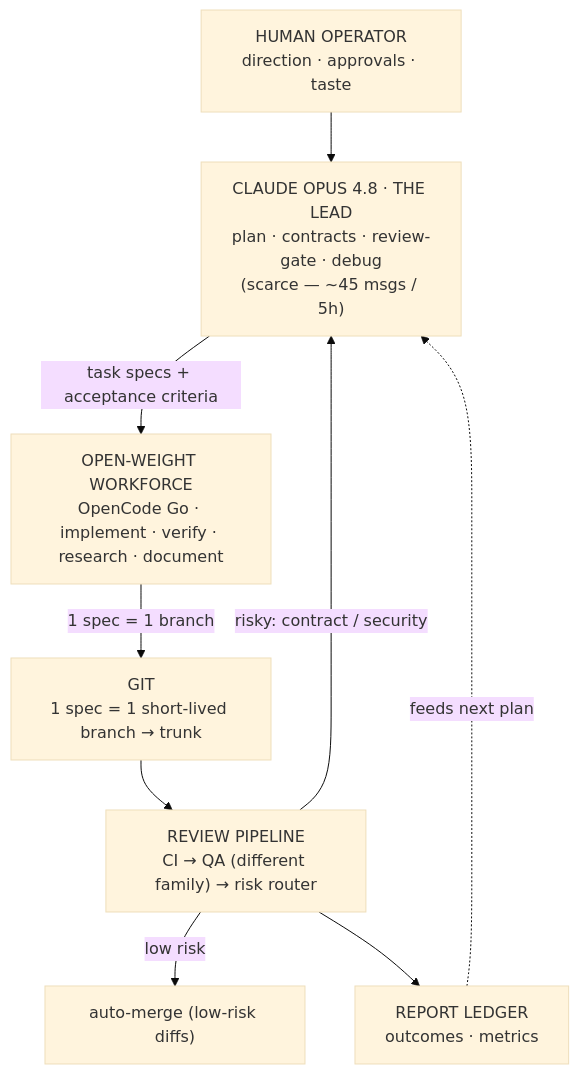
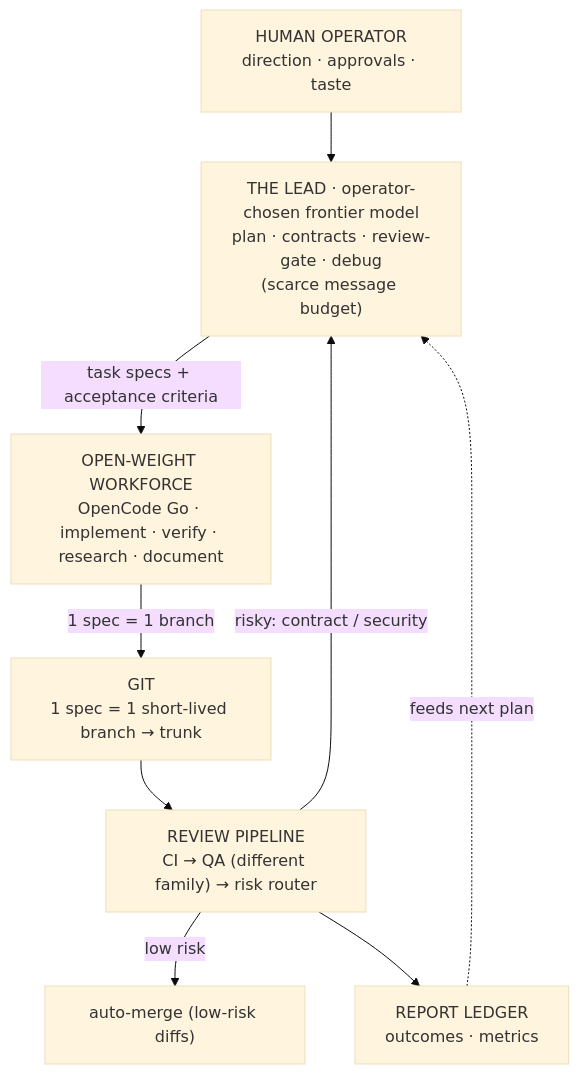
The diagram in docs/handoff/SESSION-HANDOFF.md (Hassa-Dollar/AI-OS), drawn with Mermaid (base theme) before and after one commit. The commit also changed other lines of this file and 26 other files, not shown here.

First line of the commit message:
chore(docs): the Lead is operator-chosen, not model-fixed (ADR-0025)

````diff
--- a/docs/handoff/SESSION-HANDOFF.md
+++ b/docs/handoff/SESSION-HANDOFF.md
@@ -120,19 +120,19 @@
 ```mermaid
 flowchart TD
     H["HUMAN OPERATOR<br/>direction · approvals · taste"]
-    L["CLAUDE OPUS 4.8 · THE LEAD<br/>plan · contracts · review-gate · debug<br/>(scarce — ~45 msgs / 5h)"]
+    L["THE LEAD · operator-chosen frontier model<br/>plan · contracts · review-gate · debug<br/>(scarce message budget)"]
     W["OPEN-WEIGHT WORKFORCE<br/>OpenCode Go · implement · verify · research · document"]
     G["GIT<br/>1 spec = 1 short-lived branch → trunk"]
     R["REVIEW PIPELINE<br/>CI → QA (different family) → risk router"]
     MERGE["auto-merge (low-risk diffs)"]
     LED["REPORT LEDGER<br/>outcomes · metrics"]
 
     H --> L
     L -->|task specs + acceptance criteria| W
     W -->|1 spec = 1 branch| G
     G --> R
     R -->|low risk| MERGE
     R -->|risky: contract / security| L
     R --> LED
     LED -. feeds next plan .-> L
 ```
````
